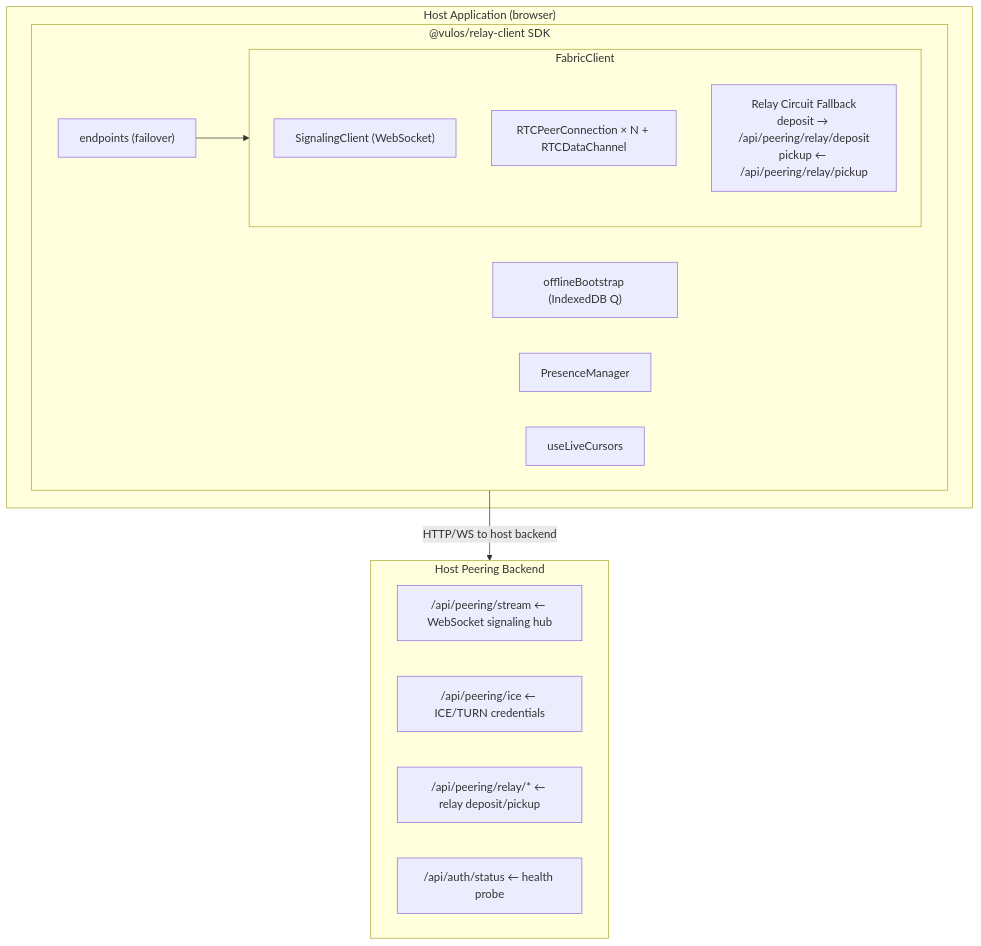
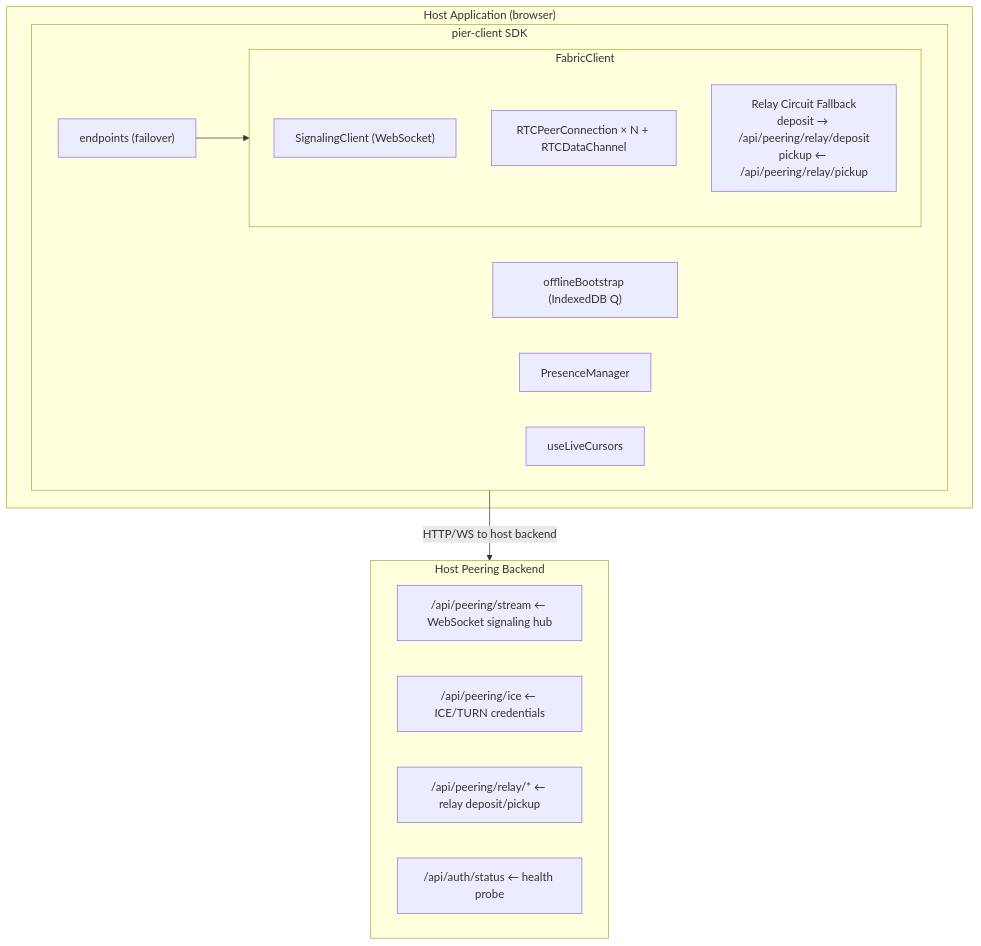
One commit to vul-os/ephor changed the first of 2 diagrams in site/docs/architecture.md. Above: the diagram before and after it, drawn with Mermaid. The commit also changed other lines of this file and 43 other files, not shown here.

````diff
--- a/site/docs/architecture.md
+++ b/site/docs/architecture.md
@@ -10,26 +10,26 @@
 ```mermaid
 flowchart TD
     subgraph Host["Host Application (browser)"]
-        subgraph SDK["@vulos/relay-client SDK"]
+        subgraph SDK["pier-client SDK"]
             Endpoints["endpoints (failover)"]
             Offline["offlineBootstrap (IndexedDB Q)"]
             subgraph Fabric["FabricClient"]
                 Signaling["SignalingClient (WebSocket)"]
                 RTC["RTCPeerConnection × N + RTCDataChannel"]
                 RelayFallback["Relay Circuit Fallback<br>deposit → /api/peering/relay/deposit<br>pickup ← /api/peering/relay/pickup"]
             end
             Presence["PresenceManager"]
             Cursors["useLiveCursors"]
             Endpoints --> Fabric
         end
     end
 
     SDK -->|"HTTP/WS to host backend"| Backend
 
     subgraph Backend["Host Peering Backend"]
         Stream["/api/peering/stream ← WebSocket signaling hub"]
         Ice["/api/peering/ice ← ICE/TURN credentials"]
         RelayApi["/api/peering/relay/* ← relay deposit/pickup"]
         AuthStatus["/api/auth/status ← health probe"]
     end
 ```
````
